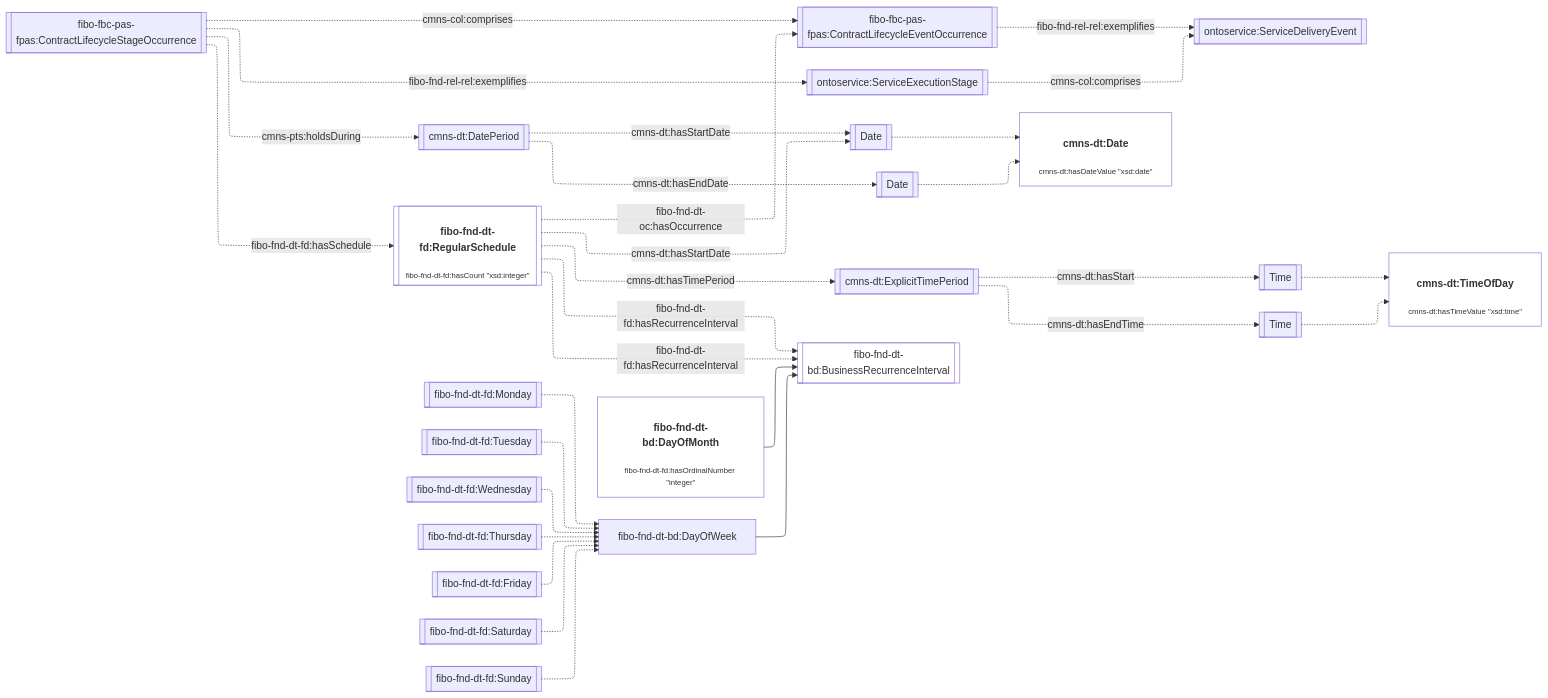
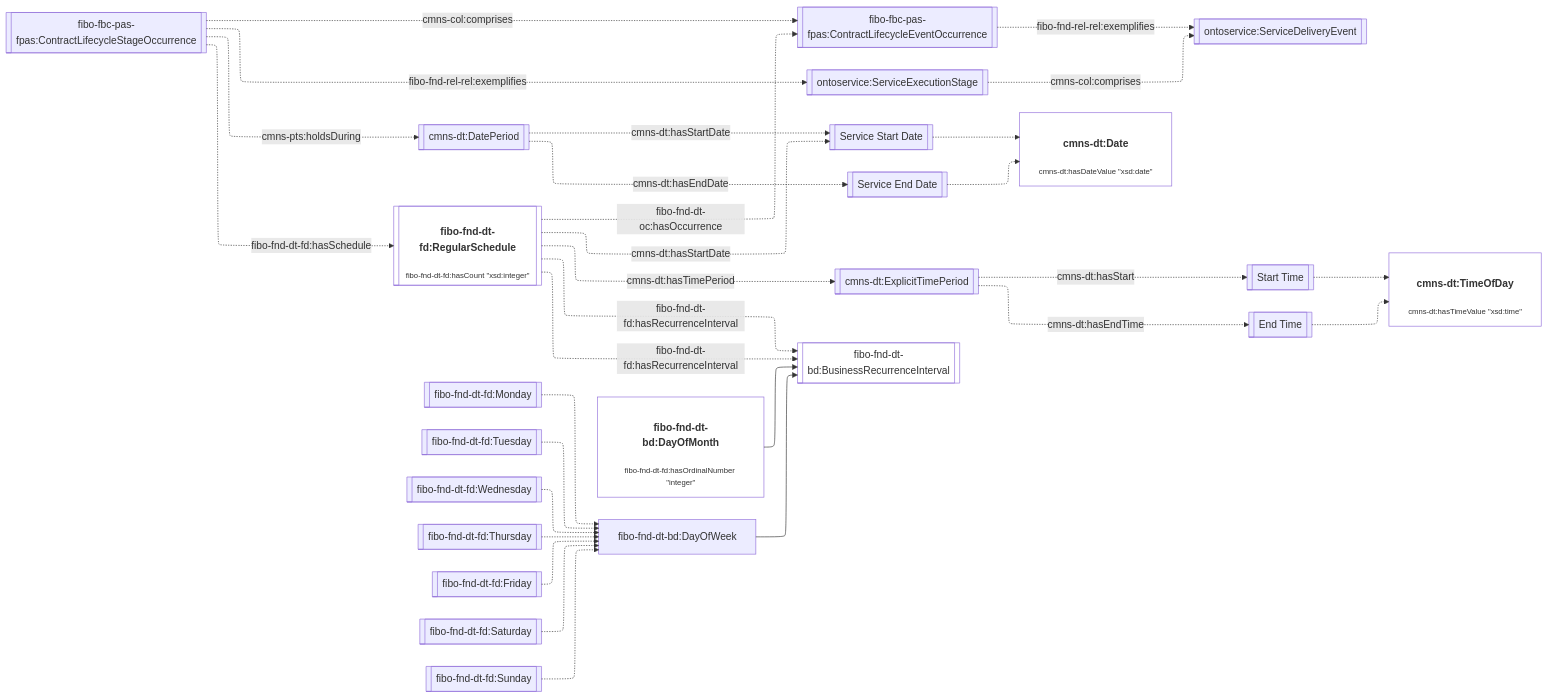
One commit to cambridge-cares/TheWorldAvatar changed diagram 11 of 16 in JPS_Ontology/ontology/ontoservice/README.md. Above: the diagram before and after it, drawn with Mermaid. The commit also changed other lines of this file and 2 other files, not shown here.

Commit message:
dev-service-execution-ontology-extension: improve legend and labels

````diff
--- a/JPS_Ontology/ontology/ontoservice/README.md
+++ b/JPS_Ontology/ontology/ontoservice/README.md
@@ -296,42 +350,42 @@
 ```mermaid
 %%{init: {"flowchart": {"defaultRenderer": "elk"}} }%%
 flowchart LR
     %% Styling
     classDef literal fill:none
     classDef node overflow-wrap:break-word,text-wrap:pretty
     linkStyle default overflow-wrap:break-word,text-wrap:pretty;
 
     %% Contents
     StageOccurrence[[fibo-fbc-pas-fpas:ContractLifecycleStageOccurrence]] -. cmns-col:comprises .-> EventOccurrence[[fibo-fbc-pas-fpas:ContractLifecycleEventOccurrence]]
     StageOccurrence -. fibo-fnd-rel-rel:exemplifies .-> ServiceExecutionStage[[ontoservice:ServiceExecutionStage]]
     EventOccurrence -. fibo-fnd-rel-rel:exemplifies .-> Event[[ontoservice:ServiceDeliveryEvent]]
     ServiceExecutionStage -. cmns-col:comprises .-> Event
     StageOccurrence -. cmns-pts:holdsDuring .-> DatePeriod[[cmns-dt:DatePeriod]]
-    DatePeriod -. cmns-dt:hasStartDate .-> StartDate[[Date]]
-    DatePeriod -. cmns-dt:hasEndDate .-> EndDate[[Date]]
+    DatePeriod -. cmns-dt:hasStartDate .-> StartDate[[Service Start Date]]
+    DatePeriod -. cmns-dt:hasEndDate .-> EndDate[[Service End Date]]
     StartDate -.-> Date["<h4>cmns-dt:Date</h4><p style='font-size:0.75rem;'>cmns-dt:hasDateValue &quot;xsd:date&quot;</p>"]:::literal
     EndDate -.-> Date
 
     StageOccurrence -. fibo-fnd-dt-fd:hasSchedule .-> Schedule[["<h4>fibo-fnd-dt-fd:RegularSchedule</h4><p style='font-size:0.75rem;'>fibo-fnd-dt-fd:hasCount &quot;xsd:integer&quot;</p>"]]:::literal
     Schedule -. fibo-fnd-dt-oc:hasOccurrence .-> EventOccurrence
 
     Schedule -. cmns-dt:hasTimePeriod .-> TimePeriod[[cmns-dt:ExplicitTimePeriod]]
-    TimePeriod -. cmns-dt:hasStart .-> StartTime[[Time]]
-    TimePeriod -. cmns-dt:hasEndTime .-> EndTime[[Time]]
+    TimePeriod -. cmns-dt:hasStart .-> StartTime[[Start Time]]
+    TimePeriod -. cmns-dt:hasEndTime .-> EndTime[[End Time]]
     StartTime -.-> Time["<h4>cmns-dt:TimeOfDay</h4><p style='font-size:0.75rem;'>cmns-dt:hasTimeValue &quot;xsd:time&quot;</p>"]:::literal
     EndTime -.-> Time
 
     Schedule -. cmns-dt:hasStartDate .-> StartDate
     Schedule -. fibo-fnd-dt-fd:hasRecurrenceInterval .-> Recurrence[["<h4>fibo-fnd-dt-fd:ExplicitRecurrenceInterval</h4><p style='font-size:0.75rem;'>cmns-dt:hasDurationValue &quot;ISO8601_duration&quot;</p>"]]:::literal
     Schedule -. fibo-fnd-dt-fd:hasRecurrenceInterval .-> Recurrence[[fibo-fnd-dt-bd:BusinessRecurrenceInterval]]
 
     DayOfMonth["<h4>fibo-fnd-dt-bd:DayOfMonth</h4><p style='font-size:0.75rem;'>fibo-fnd-dt-fd:hasOrdinalNumber &quot;integer&quot;</p>"]:::literal --> Recurrence
     DayOfWeek[fibo-fnd-dt-bd:DayOfWeek] --> Recurrence
     Monday[[fibo-fnd-dt-fd:Monday]] -.-> DayOfWeek
     Tuesday[[fibo-fnd-dt-fd:Tuesday]] -.-> DayOfWeek
     Wednesday[[fibo-fnd-dt-fd:Wednesday]] -.-> DayOfWeek
     Thursday[[fibo-fnd-dt-fd:Thursday]] -.-> DayOfWeek
     Friday[[fibo-fnd-dt-fd:Friday]] -.-> DayOfWeek
     Saturday[[fibo-fnd-dt-fd:Saturday]] -.-> DayOfWeek
     Sunday[[fibo-fnd-dt-fd:Sunday]] -.-> DayOfWeek
 ```
````
